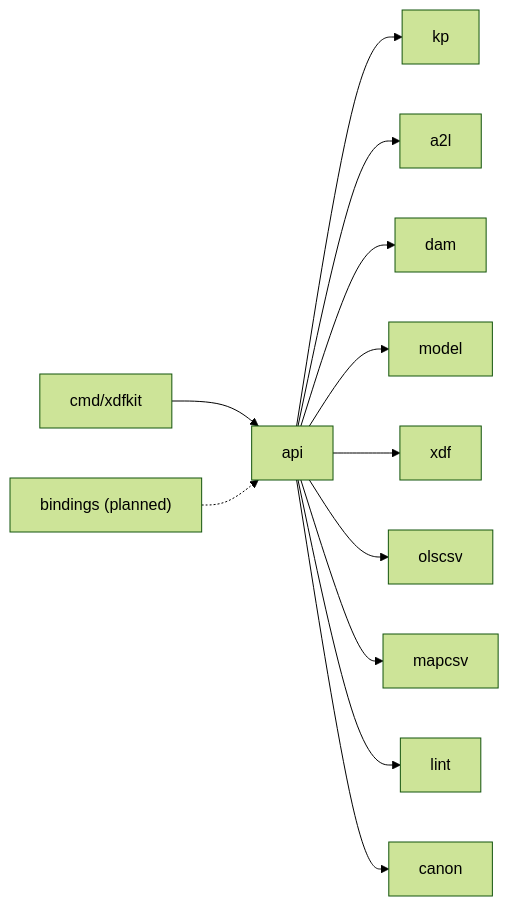
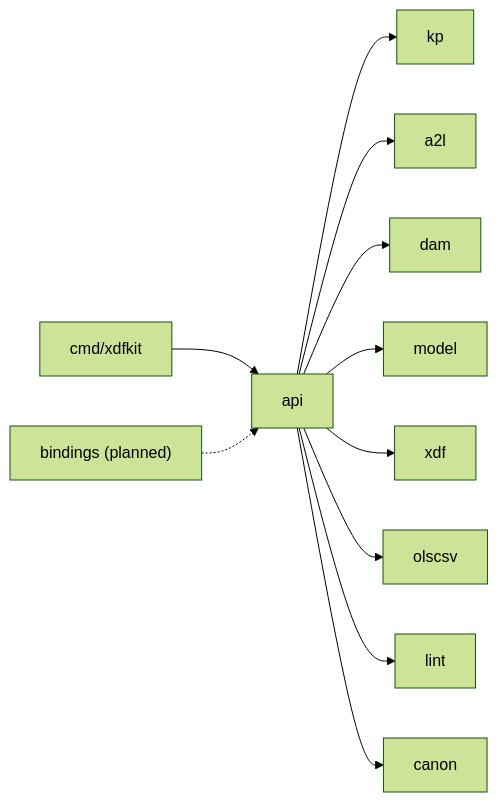
The second of 2 diagrams in DEVELOPER.md (nyetlabs/xdfkit), drawn with Mermaid (forest theme) before and after one commit. The commit also changed 16 other files, not shown here.

````diff
--- a/DEVELOPER.md
+++ b/DEVELOPER.md
@@ -36,14 +36,13 @@
 ```mermaid
 flowchart LR
   cli["cmd/xdfkit"] --> api["api"]
   bindings["bindings (planned)"] -.-> api
   api --> kp["kp"]
   api --> a2l["a2l"]
   api --> dam["dam"]
   api --> model["model"]
   api --> xdf["xdf"]
   api --> olscsv["olscsv"]
-  api --> mapcsv["mapcsv"]
   api --> lint["lint"]
   api --> canon["canon"]
 ```
````
